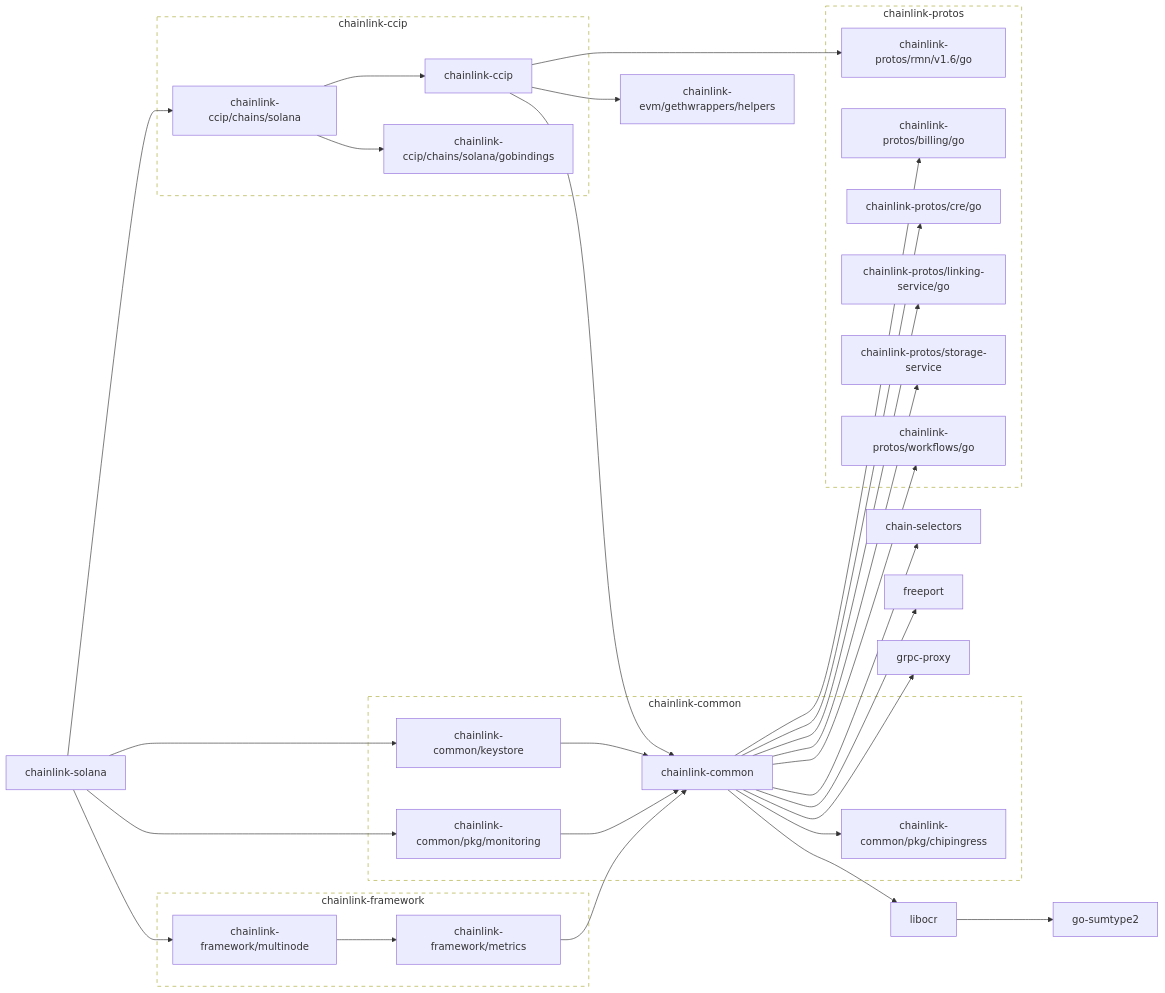
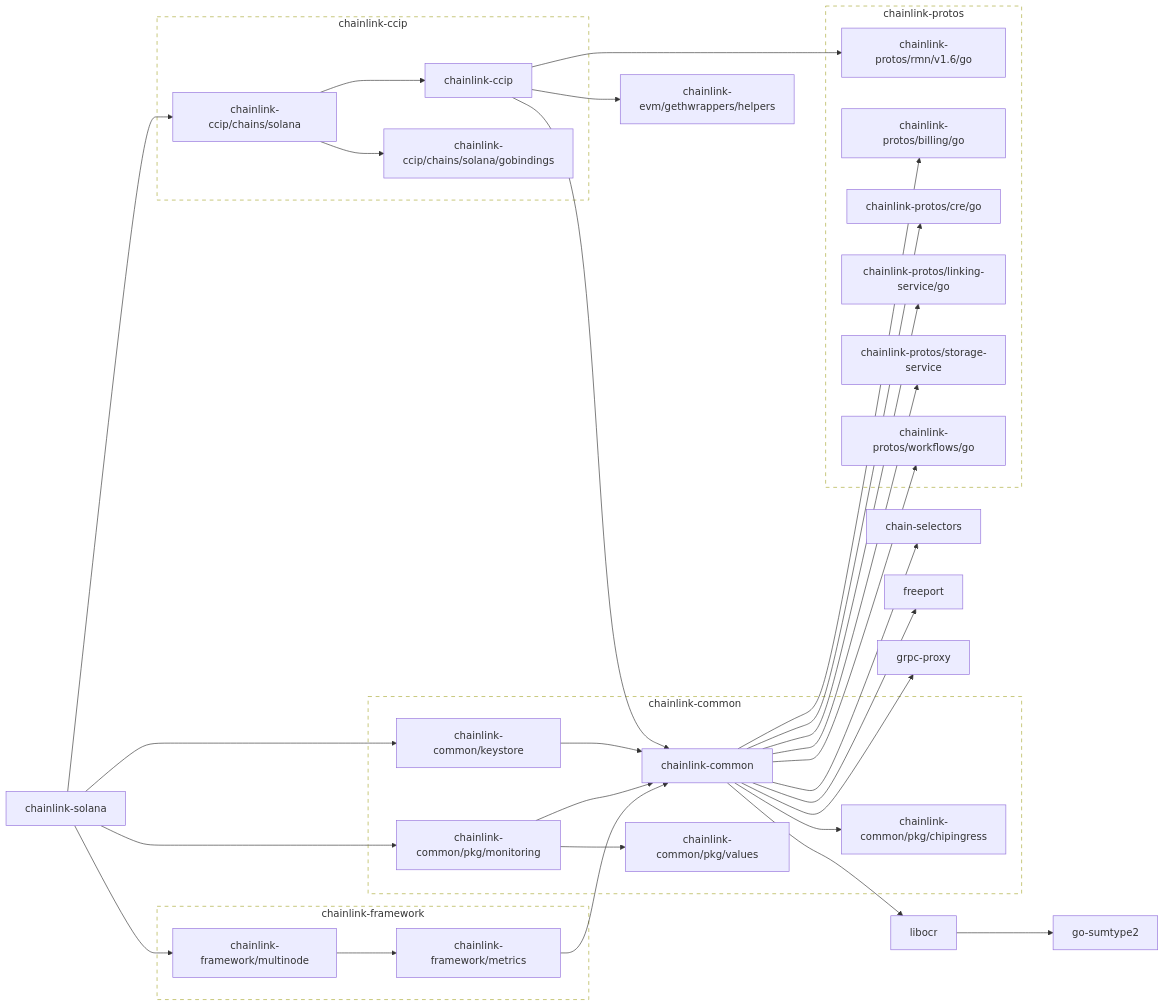
One commit to smartcontractkit/chainlink-solana changed the first of 2 diagrams in go.md. Above: the diagram before and after it, drawn with Mermaid. The commit also changed other lines of this file, not shown here.

```diff
--- a/go.md
+++ b/go.md
@@ -30,7 +30,10 @@
 	chainlink-common/pkg/chipingress
 	click chainlink-common/pkg/chipingress href "https://github.com/smartcontractkit/chainlink-common"
 	chainlink-common/pkg/monitoring --> chainlink-common
+	chainlink-common/pkg/monitoring --> chainlink-common/pkg/values
 	click chainlink-common/pkg/monitoring href "https://github.com/smartcontractkit/chainlink-common"
+	chainlink-common/pkg/values
+	click chainlink-common/pkg/values href "https://github.com/smartcontractkit/chainlink-common"
 	chainlink-evm/gethwrappers/helpers
 	click chainlink-evm/gethwrappers/helpers href "https://github.com/smartcontractkit/chainlink-evm"
 	chainlink-framework/metrics --> chainlink-common
@@ -75,6 +78,7 @@
 		 chainlink-common/keystore
 		 chainlink-common/pkg/chipingress
 		 chainlink-common/pkg/monitoring
+		 chainlink-common/pkg/values
 	end
 	click chainlink-common-repo href "https://github.com/smartcontractkit/chainlink-common"
 
```
